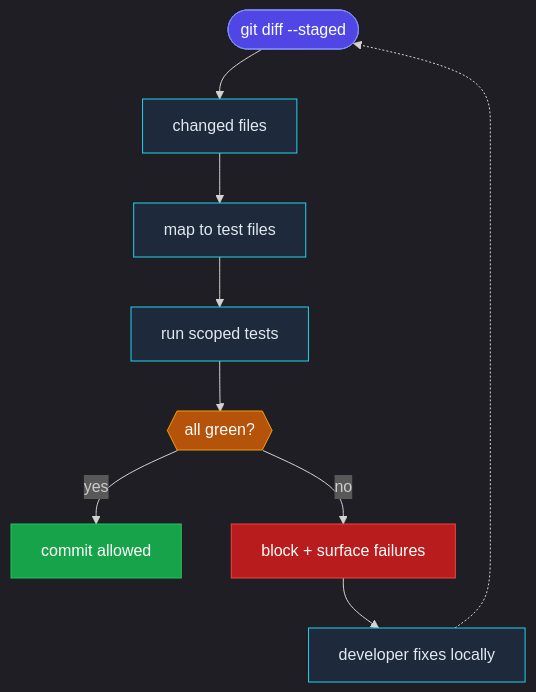
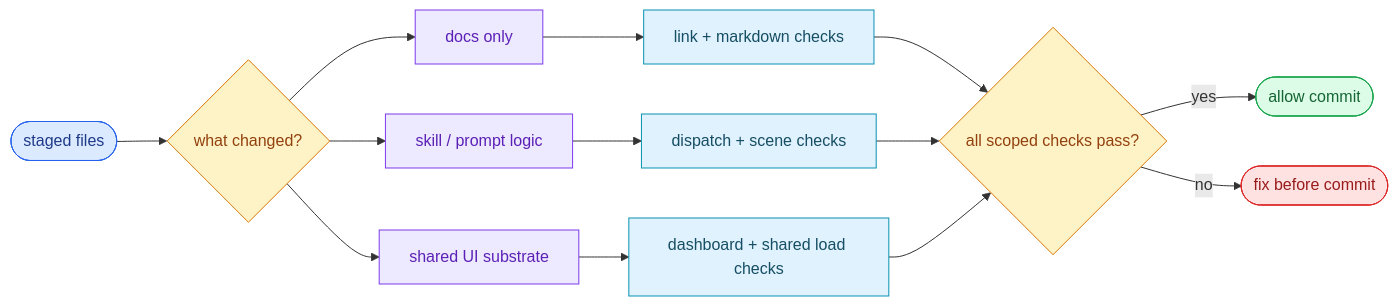
One commit to effiy/YrY changed the diagram in .claude/docs/test/scene-2-pre-commit-incremental-self-check/index.md. Above: the diagram before and after it, drawn with Mermaid. The commit also changed other lines of this file and 32 other files, not shown here.

First line of the commit message:
docs: standardize mermaid diagrams and add summaries

````diff
--- a/.claude/docs/test/scene-2-pre-commit-incremental-self-check/index.md
+++ b/.claude/docs/test/scene-2-pre-commit-incremental-self-check/index.md
@@ -20,27 +10,22 @@
 ```mermaid
-%%{init: {'theme':'dark','flowchart':{'htmlLabels':true}}}%%
-flowchart TD
-  A([git diff --staged]):::start
-  B[changed files]:::step
-  C[map to test files]:::step
-  D[run scoped tests]:::step
-  E{{all green?}}:::decision
-  F[commit allowed]:::pass
-  G[block + surface failures]:::fail
-  H[developer fixes locally]:::step
+flowchart LR
+  diff([staged files]):::entry --> classify{what changed?}:::decision
+  classify --> docs[docs only]:::scope
+  classify --> skill[skill / prompt logic]:::scope
+  classify --> shared[shared UI substrate]:::scope
+  docs --> quick[link + markdown checks]:::check
+  skill --> scoped[dispatch + scene checks]:::check
+  shared --> wide[dashboard + shared load checks]:::check
+  quick --> gate{all scoped checks pass?}:::decision
+  scoped --> gate
+  wide --> gate
+  gate -->|yes| commit([allow commit]):::done
+  gate -->|no| stop([fix before commit]):::risk
 
-  A --> B
-  B --> C
-  C --> D
-  D --> E
-  E -- yes --> F
-  E -- no --> G
-  G --> H
-  H -.-> A
-
-  classDef start fill:#4f46e5,stroke:#818cf8,color:#fff
-  classDef step fill:#1e293b,stroke:#22d3ee,color:#e2e8f0
-  classDef decision fill:#b45309,stroke:#f59e0b,color:#fff
-  classDef pass fill:#16a34a,stroke:#22c55e,color:#fff
-  classDef fail fill:#b91c1c,stroke:#ef4444,color:#fff
+  classDef entry fill:#dbeafe,stroke:#2563eb,color:#1e3a8a
+  classDef decision fill:#fef3c7,stroke:#d97706,color:#92400e
+  classDef scope fill:#ede9fe,stroke:#7c3aed,color:#5b21b6
+  classDef check fill:#e0f2fe,stroke:#0891b2,color:#164e63
+  classDef done fill:#dcfce7,stroke:#16a34a,color:#166534
+  classDef risk fill:#fee2e2,stroke:#dc2626,color:#991b1b
 ```
````
